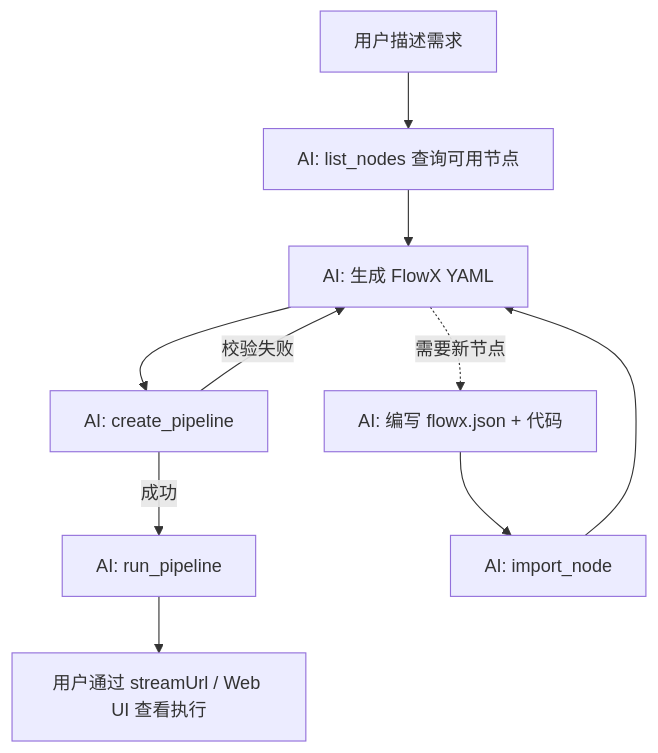
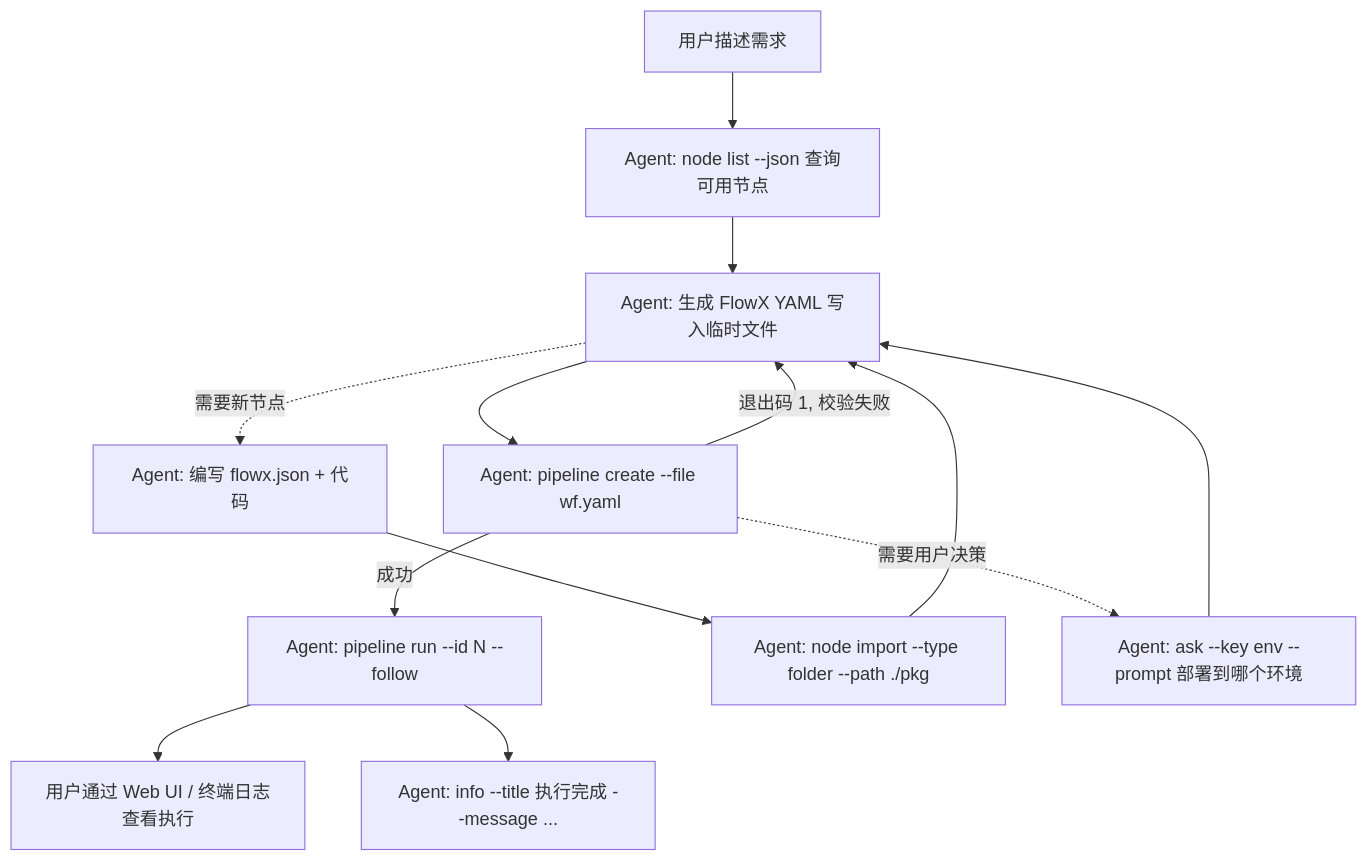
The third of 3 diagrams in docs/06-ai-service.md (LerkoX/flowx-studio), drawn with Mermaid before and after one commit. The commit also changed other lines of this file and 20 other files, not shown here.

````diff
--- a/docs/06-ai-service.md
+++ b/docs/06-ai-service.md
@@ -285,12 +304,15 @@
 ```mermaid
 flowchart TD
-    A[用户描述需求] --> B[AI: list_nodes 查询可用节点]
-    B --> C[AI: 生成 FlowX YAML]
-    C --> D[AI: create_pipeline]
-    D -->|校验失败| C
-    D -->|成功| E[AI: run_pipeline]
-    E --> F[用户通过 streamUrl / Web UI 查看执行]
-    C -.需要新节点.-> G[AI: 编写 flowx.json + 代码]
-    G --> H[AI: import_node]
+    A[用户描述需求] --> B[Agent: node list --json 查询可用节点]
+    B --> C[Agent: 生成 FlowX YAML 写入临时文件]
+    C --> D[Agent: pipeline create --file wf.yaml]
+    D -->|退出码 1, 校验失败| C
+    D -->|成功| E[Agent: pipeline run --id N --follow]
+    E --> F[用户通过 Web UI / 终端日志查看执行]
+    C -.需要新节点.-> G[Agent: 编写 flowx.json + 代码]
+    G --> H[Agent: node import --type folder --path ./pkg]
     H --> C
+    D -.需要用户决策.-> I[Agent: ask --key env --prompt 部署到哪个环境]
+    I --> C
+    E --> J[Agent: info --title 执行完成 --message ...]
 ```
````
